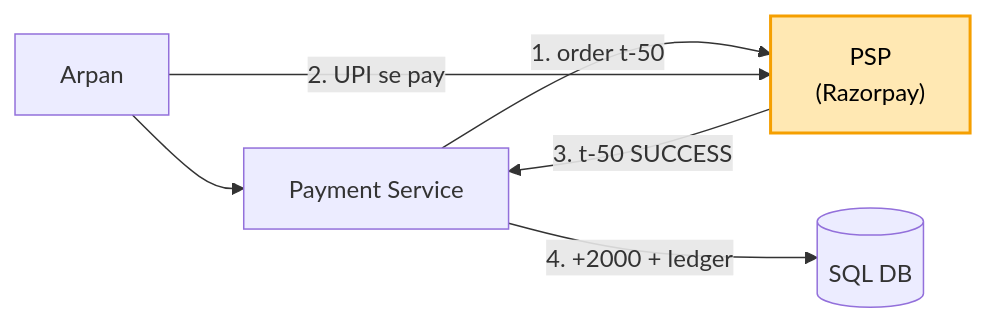
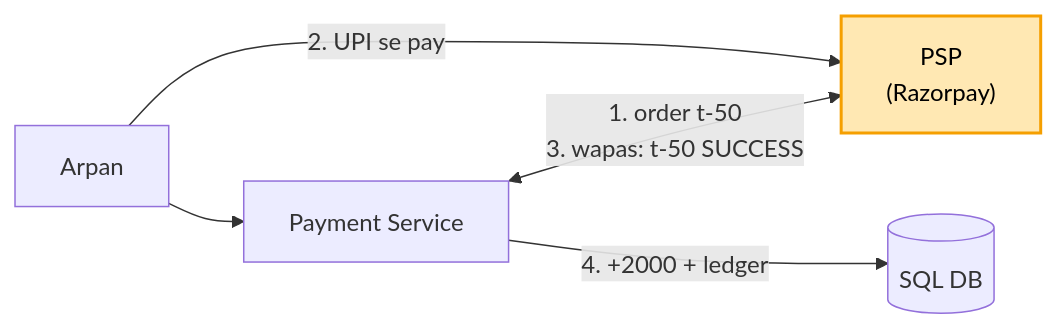
Before and after one commit to ArpanMaheshwari144/Prep: the first of 6 diagrams in 04_HLD/SYSTEM_DESIGNS/06_payment_system/06_payment_system.md, drawn with Mermaid. The commit also changed other lines of this file and 7 other files, not shown here.

Commit message:
HLD diagram: 13 jagah do dabbon ke beech do teer the (label dabbe pe chadhta) -> ek teer, jaata / wapas do line

````diff
--- a/04_HLD/SYSTEM_DESIGNS/06_payment_system/06_payment_system.md
+++ b/04_HLD/SYSTEM_DESIGNS/06_payment_system/06_payment_system.md
@@ -74,9 +74,8 @@
 ```mermaid
 flowchart LR
     U["Arpan"] --> S["Payment Service"]
-    S -- "1. order t-50" --> P["PSP<br/>(Razorpay)"]
+    S <-->|"1. order t-50<br/>3. wapas: t-50 SUCCESS"| P["PSP<br/>(Razorpay)"]
     U -- "2. UPI se pay" --> P
-    P -- "3. t-50 SUCCESS" --> S
     S -- "4. +2000 + ledger" --> D[("SQL DB")]
     style P fill:#ffe8b3,stroke:#f59f00,stroke-width:2px,color:#000
 ```
````
